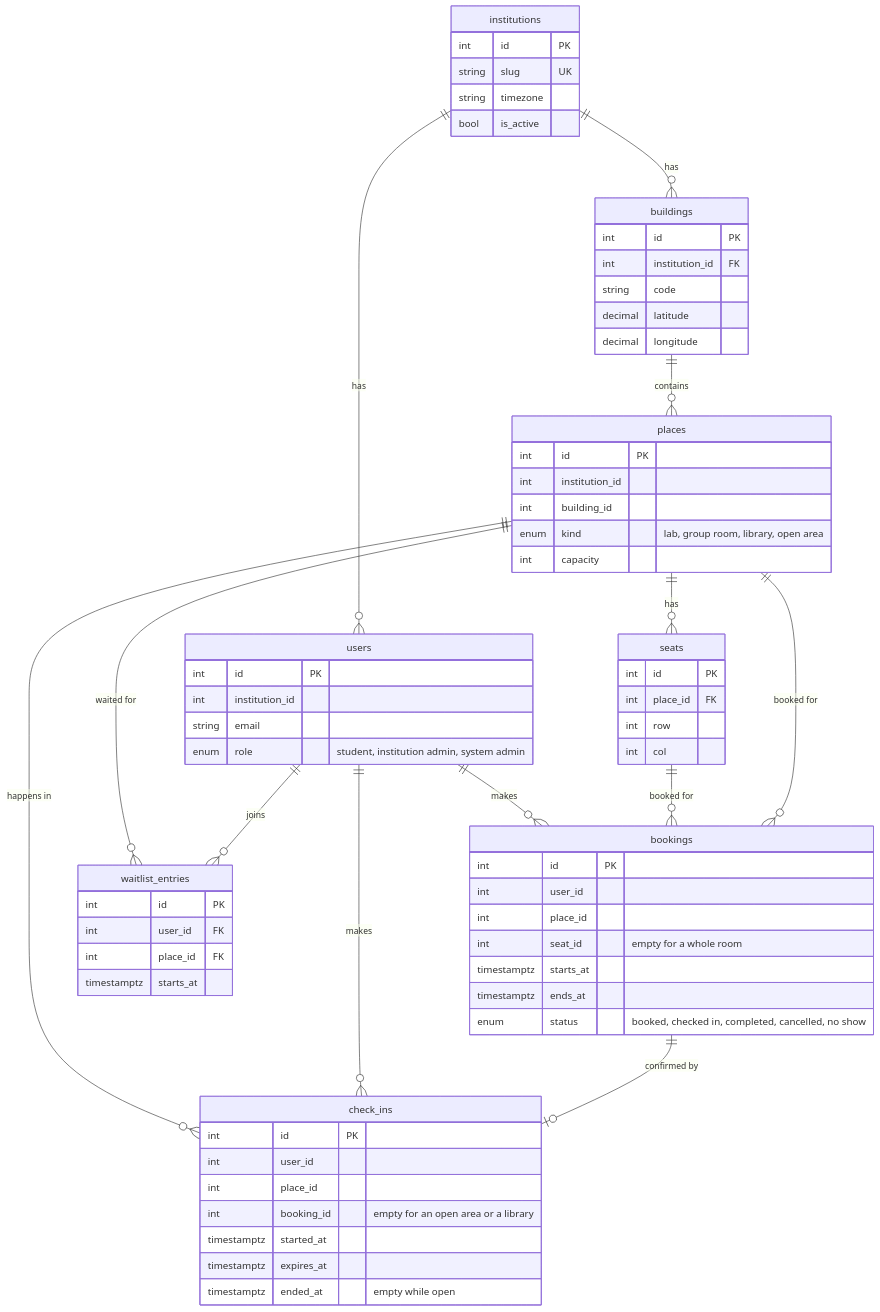
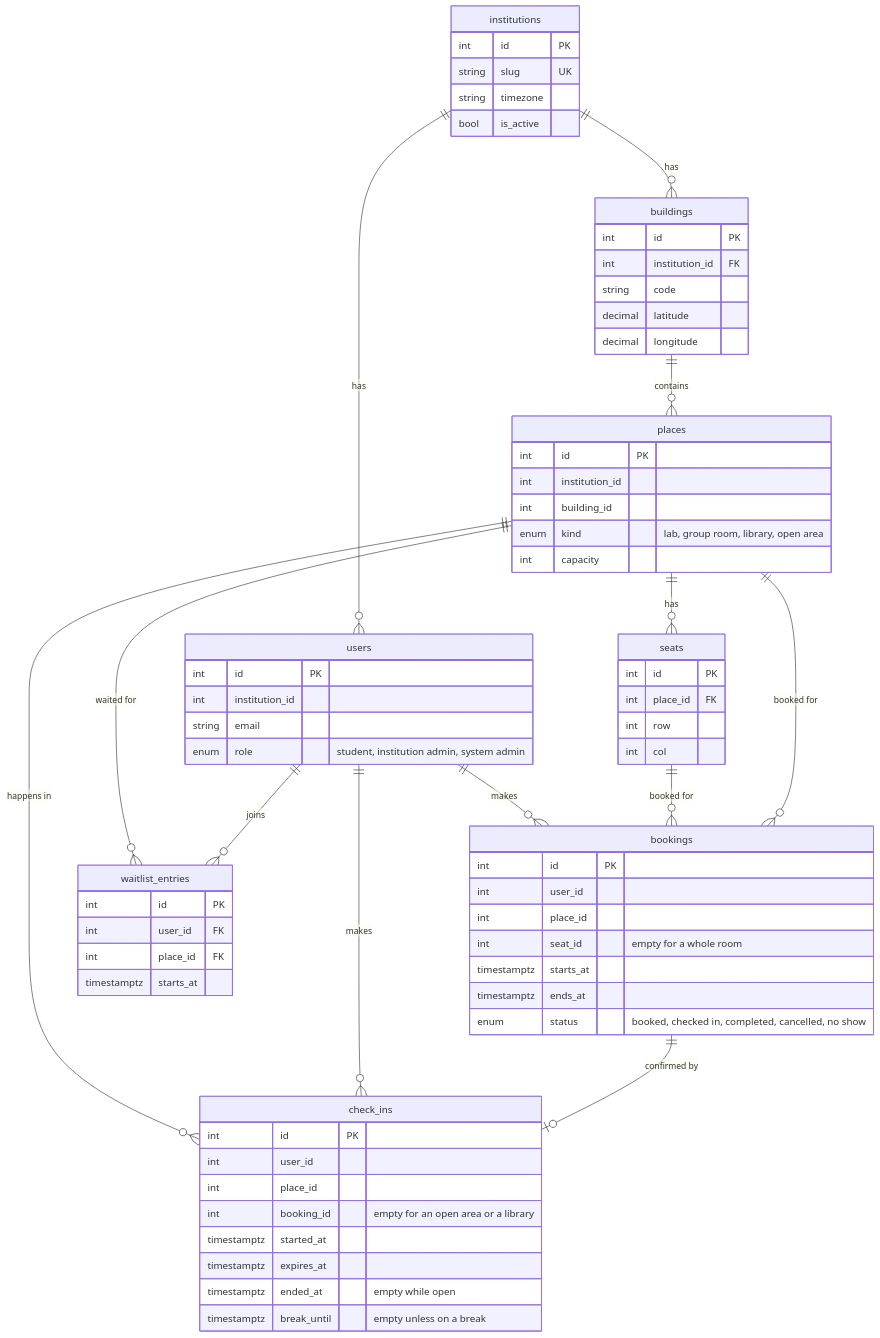
One commit to itayG11/studyspot changed the diagram in docs/design/database.md. Above: the diagram before and after it, drawn with Mermaid. The commit also changed other lines of this file and 8 other files, not shown here.

````diff
--- a/docs/design/database.md
+++ b/docs/design/database.md
@@ -9,72 +9,73 @@
 ```mermaid
 erDiagram
     institutions ||--o{ buildings : has
     institutions ||--o{ users : has
     buildings ||--o{ places : contains
     places ||--o{ seats : has
     places ||--o{ bookings : "booked for"
     seats ||--o{ bookings : "booked for"
     users ||--o{ bookings : makes
     bookings ||--o| check_ins : "confirmed by"
     users ||--o{ check_ins : makes
     places ||--o{ check_ins : "happens in"
     users ||--o{ waitlist_entries : joins
     places ||--o{ waitlist_entries : "waited for"
 
     institutions {
         int id PK
         string slug UK
         string timezone
         bool is_active
     }
     buildings {
         int id PK
         int institution_id FK
         string code
         decimal latitude
         decimal longitude
     }
     places {
         int id PK
         int institution_id
         int building_id
         enum kind "lab, group room, library, open area"
         int capacity
     }
     seats {
         int id PK
         int place_id FK
         int row
         int col
     }
     users {
         int id PK
         int institution_id
         string email
         enum role "student, institution admin, system admin"
     }
     bookings {
         int id PK
         int user_id
         int place_id
         int seat_id "empty for a whole room"
         timestamptz starts_at
         timestamptz ends_at
         enum status "booked, checked in, completed, cancelled, no show"
     }
     check_ins {
         int id PK
         int user_id
         int place_id
         int booking_id "empty for an open area or a library"
         timestamptz started_at
         timestamptz expires_at
         timestamptz ended_at "empty while open"
+        timestamptz break_until "empty unless on a break"
     }
     waitlist_entries {
         int id PK
         int user_id FK
         int place_id FK
         timestamptz starts_at
     }
 ```
````
